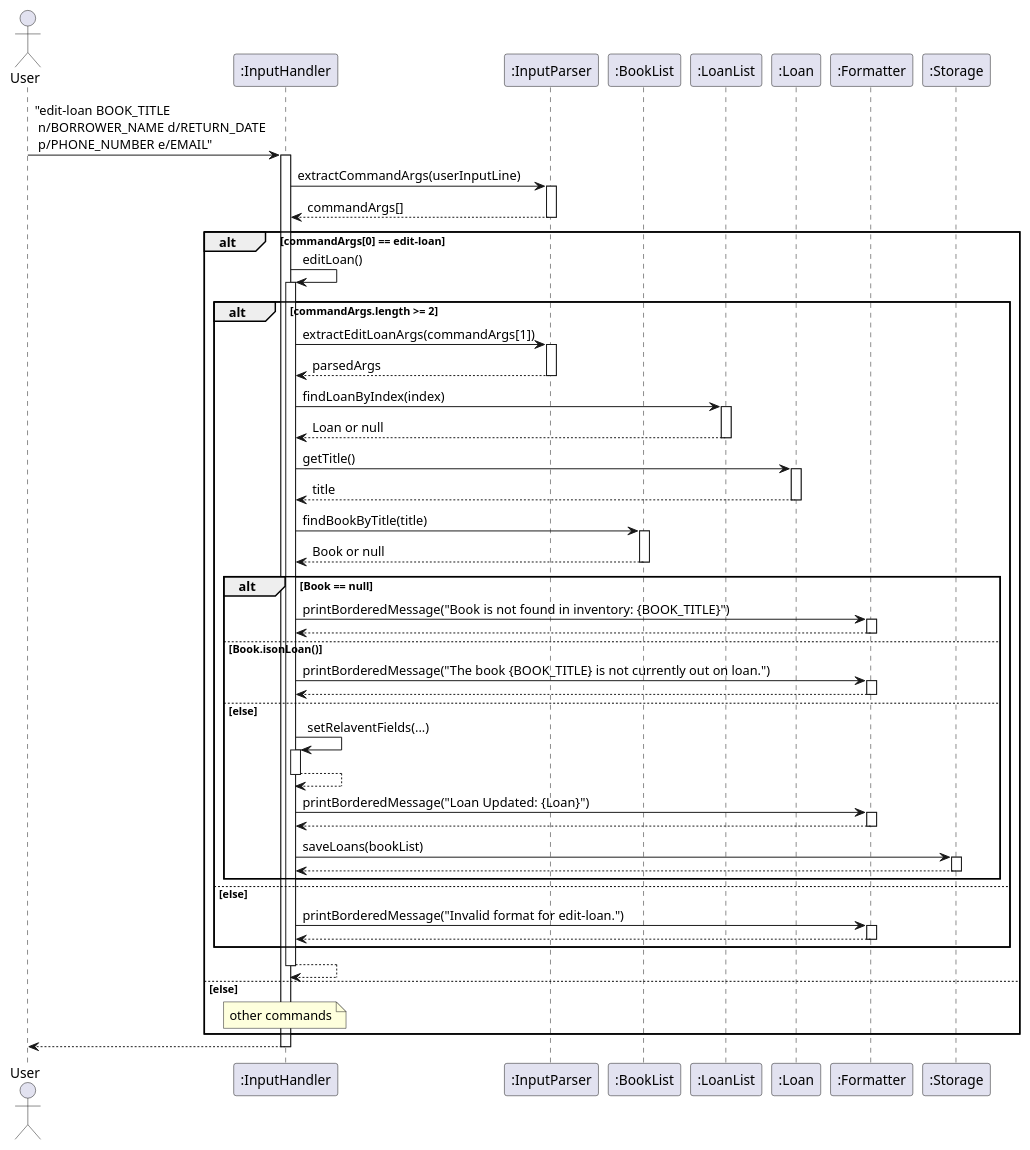
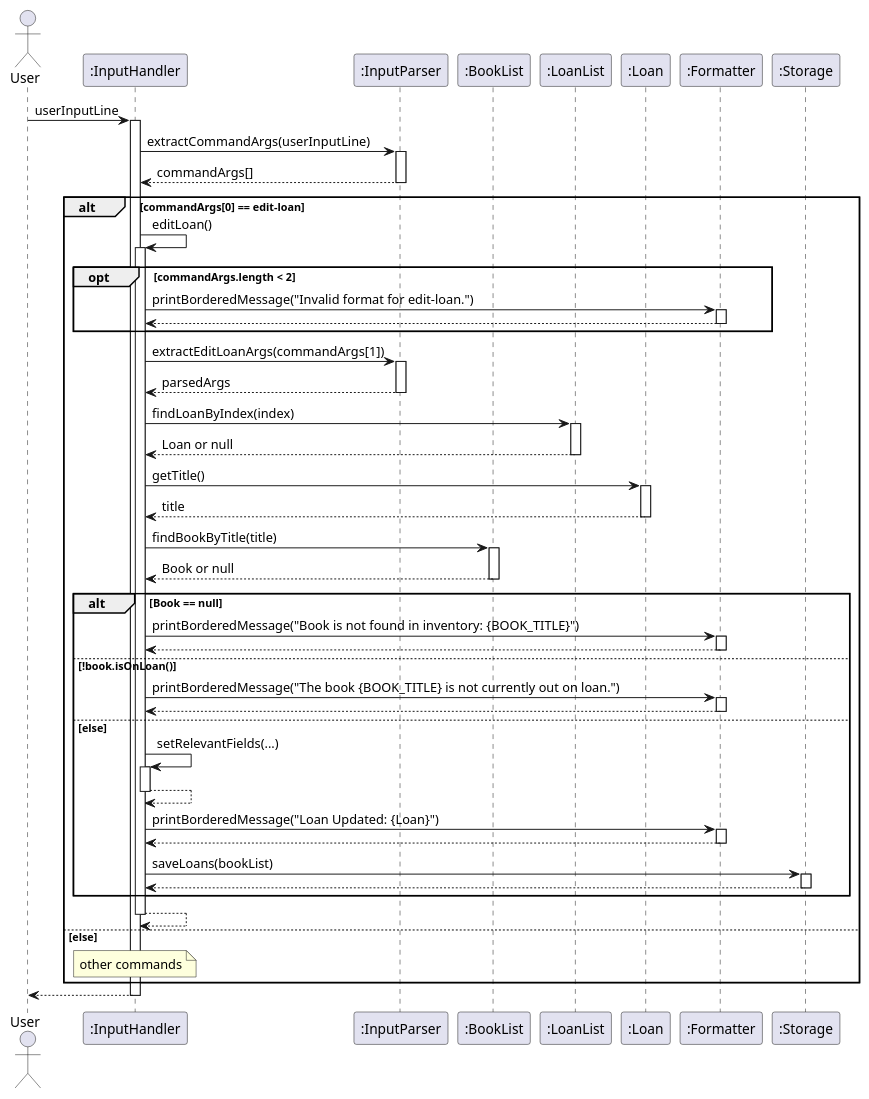
One commit to AY2425S2-CS2113-T12-2/tp changed the diagram in docs/diagrams/editLoan.puml. Above: the diagram before and after it, drawn with PlantUML. The commit also changed 8 other files, not shown here.

```diff
--- a/docs/diagrams/editLoan.puml
+++ b/docs/diagrams/editLoan.puml
@@ -1,96 +1,95 @@
 @startuml
 actor User
 participant InputHandler as ":InputHandler"
 participant InputParser as ":InputParser"
 participant BookList as ":BookList"
 participant LoanList as ":LoanList"
 participant Loan as ":Loan"
 participant Formatter as ":Formatter"
 participant Storage as ":Storage"
 
-User -> InputHandler: "edit-loan BOOK_TITLE \n n/BORROWER_NAME d/RETURN_DATE \n p/PHONE_NUMBER e/EMAIL"
+User -> InputHandler: userInputLine
 activate InputHandler
 
 InputHandler -> InputParser: extractCommandArgs(userInputLine)
 activate InputParser
 
 InputParser --> InputHandler: commandArgs[]
 deactivate InputParser
 
 alt commandArgs[0] == edit-loan
     InputHandler -> InputHandler : editLoan()
     activate InputHandler
 
-    alt commandArgs.length >= 2
-        InputHandler -> InputParser: extractEditLoanArgs(commandArgs[1])
-        activate InputParser
+    opt commandArgs.length < 2
+        InputHandler -> Formatter: printBorderedMessage("Invalid format for edit-loan.")
+        activate Formatter
+        Formatter --> InputHandler
+        deactivate Formatter
+    end
+    InputHandler -> InputParser: extractEditLoanArgs(commandArgs[1])
+    activate InputParser
 
-        InputParser --> InputHandler: parsedArgs
-        deactivate InputParser
+    InputParser --> InputHandler: parsedArgs
+    deactivate InputParser
 
-        InputHandler -> LoanList: findLoanByIndex(index)
-        activate LoanList
+    InputHandler -> LoanList: findLoanByIndex(index)
+    activate LoanList
 
-        LoanList --> InputHandler: Loan or null
-        deactivate LoanList
+    LoanList --> InputHandler: Loan or null
+    deactivate LoanList
 
-        InputHandler -> Loan: getTitle() 
-        activate Loan
+    InputHandler -> Loan: getTitle()
+    activate Loan
 
-        Loan --> InputHandler: title
-        deactivate Loan
+    Loan --> InputHandler: title
+    deactivate Loan
 
-        InputHandler -> BookList: findBookByTitle(title)
-        activate BookList
+    InputHandler -> BookList: findBookByTitle(title)
+    activate BookList
 
-        BookList --> InputHandler: Book or null
-        deactivate BookList
+    BookList --> InputHandler: Book or null
+    deactivate BookList
 
         alt Book == null
             InputHandler -> Formatter: printBorderedMessage("Book is not found in inventory: {BOOK_TITLE}")
             activate Formatter
             Formatter --> InputHandler
             deactivate Formatter
         
-        else Book.isonLoan()
+        else !book.isOnLoan()
             InputHandler -> Formatter: printBorderedMessage("The book {BOOK_TITLE} is not currently out on loan.")
             activate Formatter
             Formatter --> InputHandler
             deactivate Formatter
         
         else else
-            InputHandler -> InputHandler : setRelaventFields(...)
+            InputHandler -> InputHandler : setRelevantFields(...)
             activate InputHandler
             InputHandler --> InputHandler
             deactivate InputHandler       
 
             InputHandler -> Formatter: printBorderedMessage("Loan Updated: {Loan}")
             activate Formatter
             Formatter --> InputHandler
             deactivate Formatter
 
             InputHandler -> Storage: saveLoans(bookList)
             activate Storage
             Storage --> InputHandler
             deactivate Storage
 
         end
 
-    else else
-        InputHandler -> Formatter: printBorderedMessage("Invalid format for edit-loan.")
-        activate Formatter
-        Formatter --> InputHandler
-        deactivate Formatter
-    end
 
 InputHandler --> InputHandler
 deactivate InputHandler
 
 else else
     note over InputHandler : other commands
 end
 
 
 InputHandler --> User
 deactivate InputHandler
 @enduml
```
